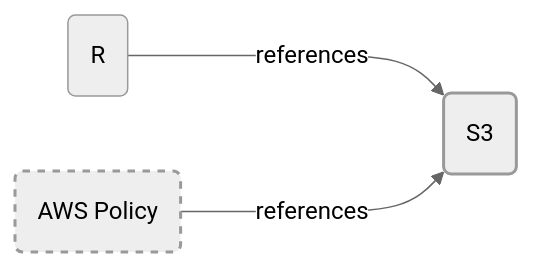
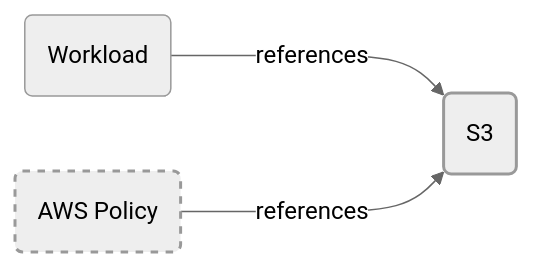
One commit to humanitec-architecture/example-library changed the diagram in resource-definitions/terraform-driver/co-provision/README.md. Above: the diagram before and after it, drawn with Mermaid (neutral theme). The commit also changed other lines of this file, not shown here.

Commit message:
Improved naming in sample Resource Graph

````diff
--- a/resource-definitions/terraform-driver/co-provision/README.md
+++ b/resource-definitions/terraform-driver/co-provision/README.md
@@ -10,11 +10,11 @@
 ```mermaid
 flowchart LR
-  R1(R) --->|references| R2(S3)
+  R1(Workload) --->|references| R2(S3)
   N1(AWS Policy) --->|references| R2
   classDef pClass stroke-width:1px
   classDef rClass stroke-width:2px
   classDef nClass stroke-width:2px,stroke-dasharray: 5 5
   class R1 pClass
   class R2 rClass
   class N1 nClass
 ```
````
